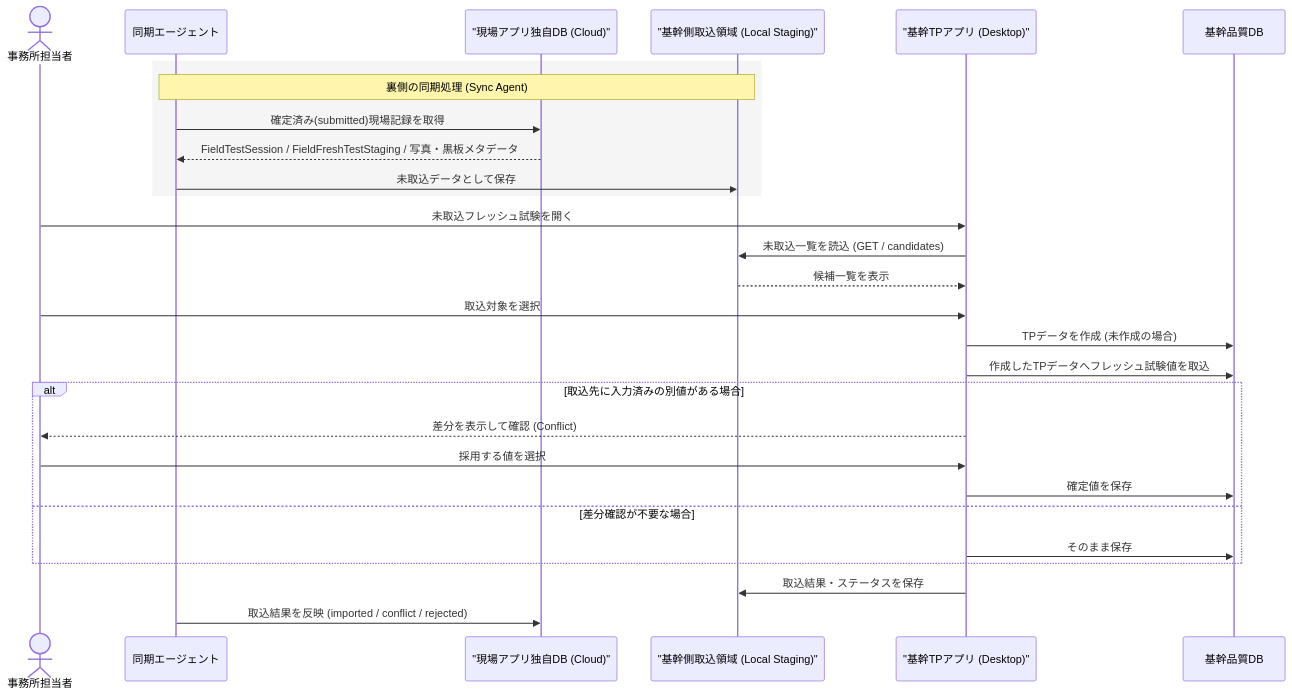
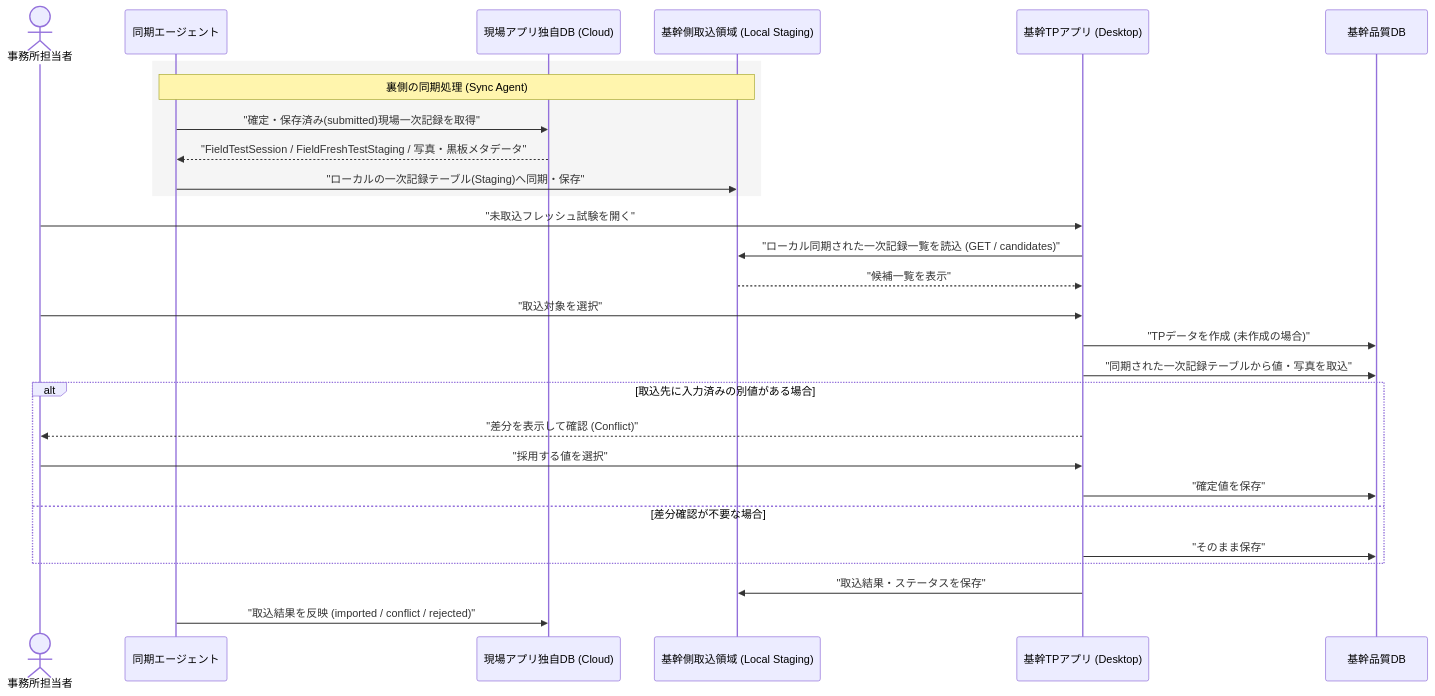
The sixth of 11 diagrams in docs/Labonity用現場試験アプリ_設計書_v1.0.md (sakku0039/FieldTester), drawn with Mermaid before and after one commit. The commit also changed other lines of this file, not shown here.

````diff
--- a/docs/Labonity用現場試験アプリ_設計書_v1.0.md
+++ b/docs/Labonity用現場試験アプリ_設計書_v1.0.md
@@ -393,34 +393,34 @@
 ```mermaid
 sequenceDiagram
-    actor 事務所担当者
-    participant 同期 as 同期エージェント
-    participant 現場DB as "現場アプリ独自DB (Cloud)"
-    participant 取込領域 as "基幹側取込領域 (Local Staging)"
-    participant 基幹アプリ as "基幹TPアプリ (Desktop)"
-    participant 基幹DB as 基幹品質DB
+    actor OfficeUser as 事務所担当者
+    participant SyncAgent as 同期エージェント
+    participant CloudDB as 現場アプリ独自DB (Cloud)
+    participant LocalStaging as 基幹側取込領域 (Local Staging)
+    participant DesktopApp as 基幹TPアプリ (Desktop)
+    participant CoreDB as 基幹品質DB
 
     rect rgb(245, 245, 245)
-        note over 同期,取込領域: 裏側の同期処理 (Sync Agent)
-        同期->>現場DB: 確定済み(submitted)現場記録を取得
-        現場DB-->>同期: FieldTestSession / FieldFreshTestStaging / 写真・黒板メタデータ
-        同期->>取込領域: 未取込データとして保存
+        note over SyncAgent,LocalStaging: 裏側の同期処理 (Sync Agent)
+        SyncAgent->>CloudDB: "確定・保存済み(submitted)現場一次記録を取得"
+        CloudDB-->>SyncAgent: "FieldTestSession / FieldFreshTestStaging / 写真・黒板メタデータ"
+        SyncAgent->>LocalStaging: "ローカルの一次記録テーブル(Staging)へ同期・保存"
     end
 
-    事務所担当者->>基幹アプリ: 未取込フレッシュ試験を開く
-    基幹アプリ->>取込領域: 未取込一覧を読込 (GET / candidates)
-    取込領域-->>基幹アプリ: 候補一覧を表示
-    事務所担当者->>基幹アプリ: 取込対象を選択
-    基幹アプリ->>基幹DB: TPデータを作成 (未作成の場合)
-    基幹アプリ->>基幹DB: 作成したTPデータへフレッシュ試験値を取込
+    OfficeUser->>DesktopApp: "未取込フレッシュ試験を開く"
+    DesktopApp->>LocalStaging: "ローカル同期された一次記録一覧を読込 (GET / candidates)"
+    LocalStaging-->>DesktopApp: "候補一覧を表示"
+    OfficeUser->>DesktopApp: "取込対象を選択"
+    DesktopApp->>CoreDB: "TPデータを作成 (未作成の場合)"
+    DesktopApp->>CoreDB: "同期された一次記録テーブルから値・写真を取込"
 
     alt 取込先に入力済みの別値がある場合
-        基幹アプリ-->>事務所担当者: 差分を表示して確認 (Conflict)
-        事務所担当者->>基幹アプリ: 採用する値を選択
-        基幹アプリ->>基幹DB: 確定値を保存
+        DesktopApp-->>OfficeUser: "差分を表示して確認 (Conflict)"
+        OfficeUser->>DesktopApp: "採用する値を選択"
+        DesktopApp->>CoreDB: "確定値を保存"
     else 差分確認が不要な場合
-        基幹アプリ->>基幹DB: そのまま保存
+        DesktopApp->>CoreDB: "そのまま保存"
     end
 
-    基幹アプリ->>取込領域: 取込結果・ステータスを保存
-    同期->>現場DB: 取込結果を反映 (imported / conflict / rejected)
+    DesktopApp->>LocalStaging: "取込結果・ステータスを保存"
+    SyncAgent->>CloudDB: "取込結果を反映 (imported / conflict / rejected)"
 ```
````
